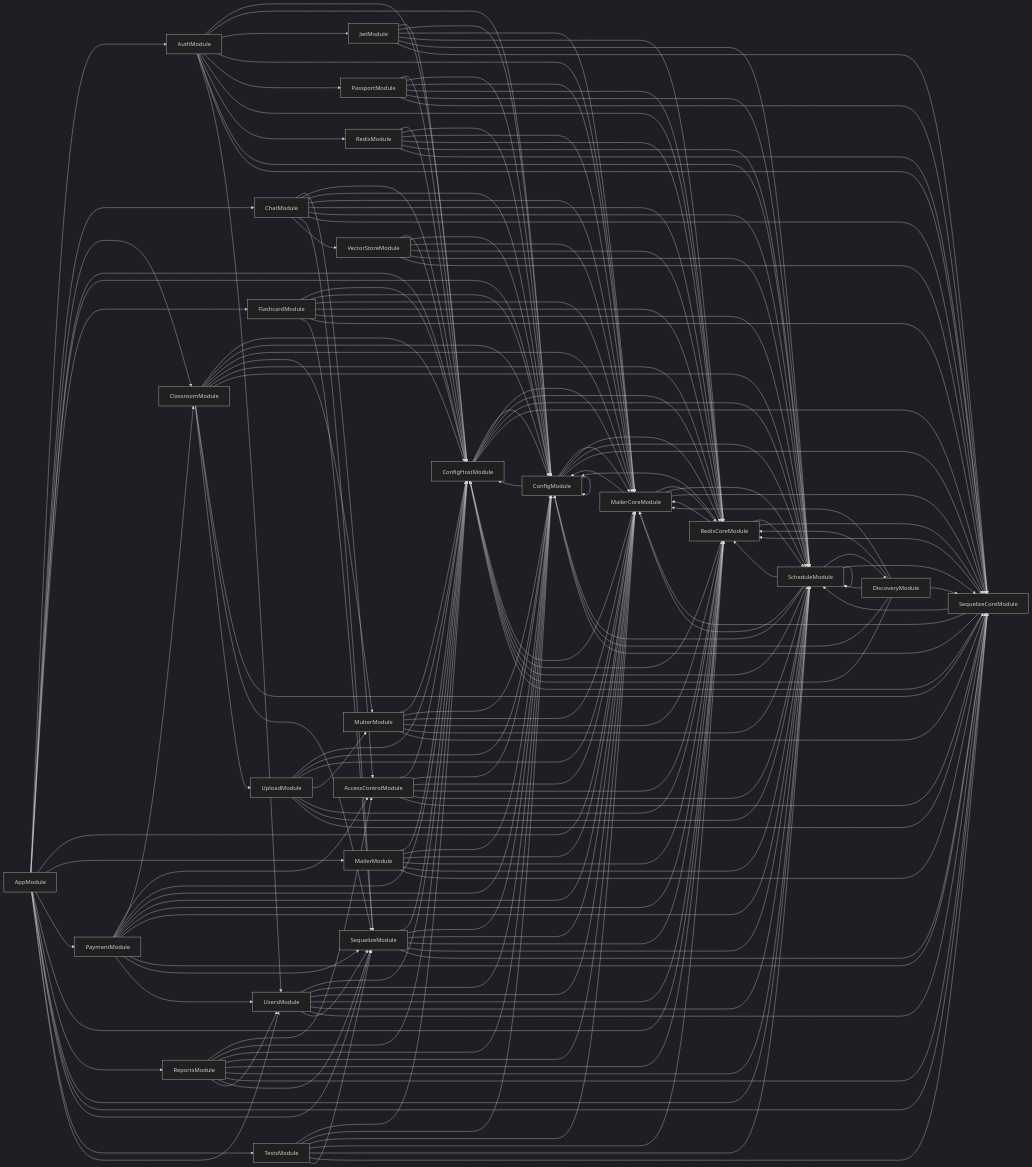
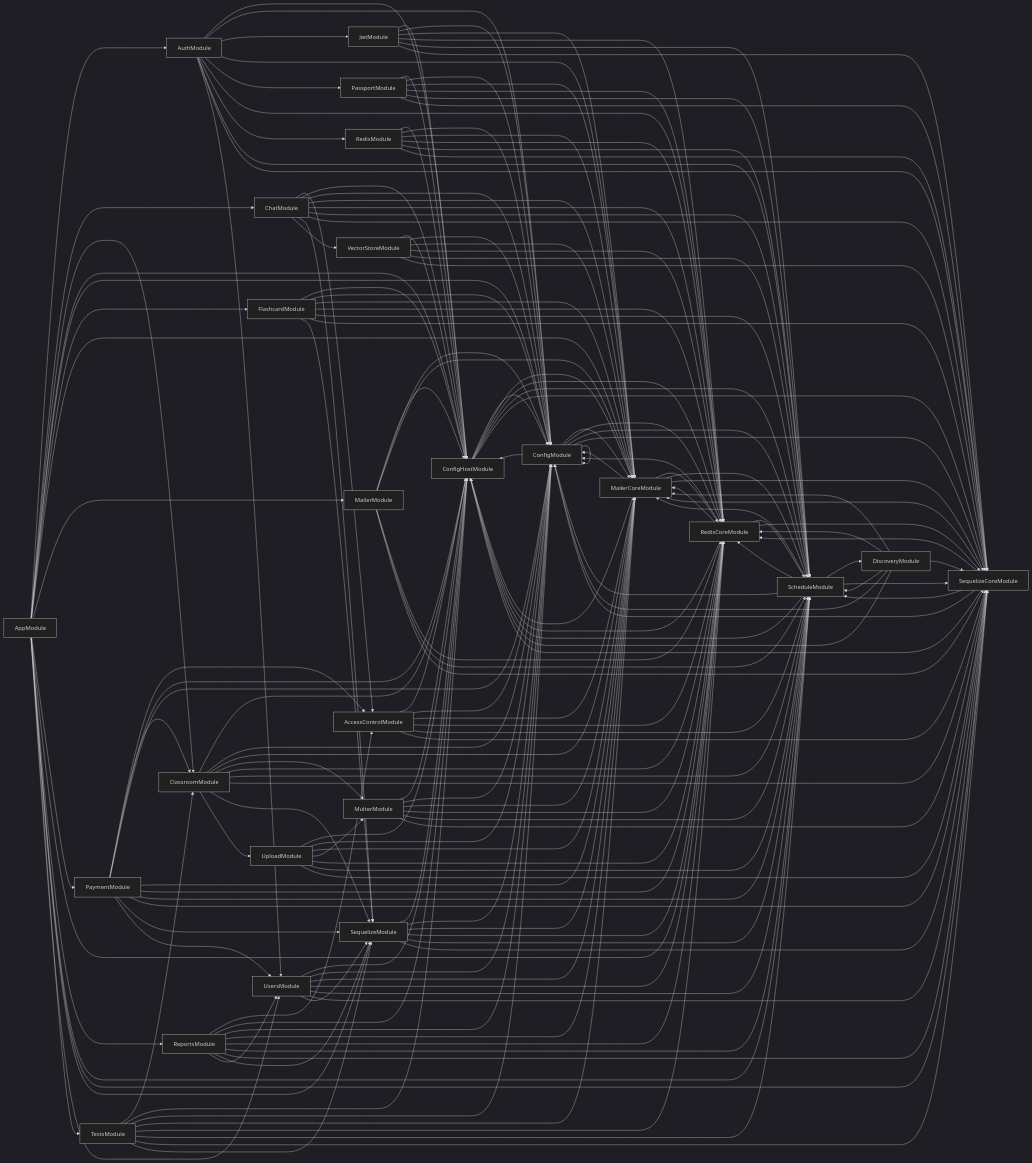
Before and after one commit to tiawai/csc13010-tiawai-server: the diagram in deps.mermaid, drawn with Mermaid (dark theme). The commit also changed 9 other files, not shown here.

```diff
--- a/deps.mermaid
+++ b/deps.mermaid
@@ -1,179 +1,179 @@
 graph LR
     AccessControlModule-->ConfigHostModule
   AccessControlModule-->ConfigModule
   AccessControlModule-->MailerCoreModule
   AccessControlModule-->RedisCoreModule
   AccessControlModule-->ScheduleModule
   AccessControlModule-->SequelizeCoreModule
   AppModule-->AuthModule
   AppModule-->ChatModule
   AppModule-->ClassroomModule
   AppModule-->ConfigHostModule
   AppModule-->ConfigModule
   AppModule-->FlashcardModule
   AppModule-->MailerCoreModule
   AppModule-->MailerModule
   AppModule-->PaymentModule
   AppModule-->RedisCoreModule
   AppModule-->ReportsModule
   AppModule-->ScheduleModule
   AppModule-->SequelizeCoreModule
   AppModule-->SequelizeModule
   AppModule-->TestsModule
   AppModule-->UsersModule
   AuthModule-->ConfigHostModule
   AuthModule-->ConfigModule
   AuthModule-->JwtModule
   AuthModule-->MailerCoreModule
   AuthModule-->PassportModule
   AuthModule-->RedisCoreModule
   AuthModule-->RedisModule
   AuthModule-->ScheduleModule
   AuthModule-->SequelizeCoreModule
   AuthModule-->UsersModule
   ChatModule-->AccessControlModule
   ChatModule-->ConfigHostModule
   ChatModule-->ConfigModule
   ChatModule-->MailerCoreModule
   ChatModule-->RedisCoreModule
   ChatModule-->ScheduleModule
   ChatModule-->SequelizeCoreModule
   ChatModule-->SequelizeModule
   ChatModule-->VectorStoreModule
   ClassroomModule-->ConfigHostModule
   ClassroomModule-->ConfigModule
   ClassroomModule-->MailerCoreModule
   ClassroomModule-->MulterModule
   ClassroomModule-->RedisCoreModule
   ClassroomModule-->ScheduleModule
   ClassroomModule-->SequelizeCoreModule
   ClassroomModule-->SequelizeModule
   ClassroomModule-->UploadModule
   ConfigHostModule-->ConfigModule
   ConfigHostModule-->MailerCoreModule
   ConfigHostModule-->RedisCoreModule
   ConfigHostModule-->ScheduleModule
   ConfigHostModule-->SequelizeCoreModule
   ConfigModule-->ConfigHostModule
   ConfigModule-->ConfigModule
   ConfigModule-->MailerCoreModule
   ConfigModule-->RedisCoreModule
   ConfigModule-->ScheduleModule
   ConfigModule-->SequelizeCoreModule
   DiscoveryModule-->ConfigHostModule
   DiscoveryModule-->ConfigModule
   DiscoveryModule-->MailerCoreModule
   DiscoveryModule-->RedisCoreModule
   DiscoveryModule-->ScheduleModule
   DiscoveryModule-->SequelizeCoreModule
   FlashcardModule-->ConfigHostModule
   FlashcardModule-->ConfigModule
   FlashcardModule-->MailerCoreModule
   FlashcardModule-->RedisCoreModule
   FlashcardModule-->ScheduleModule
   FlashcardModule-->SequelizeCoreModule
   FlashcardModule-->SequelizeModule
   JwtModule-->ConfigHostModule
   JwtModule-->ConfigModule
   JwtModule-->MailerCoreModule
   JwtModule-->RedisCoreModule
   JwtModule-->ScheduleModule
   JwtModule-->SequelizeCoreModule
   MailerCoreModule-->ConfigHostModule
   MailerCoreModule-->ConfigModule
   MailerCoreModule-->RedisCoreModule
   MailerCoreModule-->ScheduleModule
   MailerCoreModule-->SequelizeCoreModule
   MailerModule-->ConfigHostModule
   MailerModule-->ConfigModule
   MailerModule-->MailerCoreModule
   MailerModule-->RedisCoreModule
   MailerModule-->ScheduleModule
   MailerModule-->SequelizeCoreModule
   MulterModule-->ConfigHostModule
   MulterModule-->ConfigModule
   MulterModule-->MailerCoreModule
   MulterModule-->RedisCoreModule
   MulterModule-->ScheduleModule
   MulterModule-->SequelizeCoreModule
   PassportModule-->ConfigHostModule
   PassportModule-->ConfigModule
   PassportModule-->MailerCoreModule
   PassportModule-->RedisCoreModule
   PassportModule-->ScheduleModule
   PassportModule-->SequelizeCoreModule
   PaymentModule-->AccessControlModule
   PaymentModule-->ClassroomModule
   PaymentModule-->ConfigHostModule
   PaymentModule-->ConfigModule
   PaymentModule-->MailerCoreModule
   PaymentModule-->RedisCoreModule
   PaymentModule-->ScheduleModule
   PaymentModule-->SequelizeCoreModule
   PaymentModule-->SequelizeModule
   PaymentModule-->UsersModule
   RedisCoreModule-->ConfigHostModule
   RedisCoreModule-->ConfigModule
   RedisCoreModule-->MailerCoreModule
   RedisCoreModule-->ScheduleModule
   RedisCoreModule-->SequelizeCoreModule
   RedisModule-->ConfigHostModule
   RedisModule-->ConfigModule
   RedisModule-->MailerCoreModule
   RedisModule-->RedisCoreModule
   RedisModule-->ScheduleModule
   RedisModule-->SequelizeCoreModule
   ReportsModule-->AccessControlModule
   ReportsModule-->ConfigHostModule
   ReportsModule-->ConfigModule
   ReportsModule-->MailerCoreModule
   ReportsModule-->RedisCoreModule
   ReportsModule-->ScheduleModule
   ReportsModule-->SequelizeCoreModule
   ReportsModule-->SequelizeModule
   ReportsModule-->UsersModule
   ScheduleModule-->ConfigHostModule
   ScheduleModule-->ConfigModule
   ScheduleModule-->DiscoveryModule
   ScheduleModule-->MailerCoreModule
   ScheduleModule-->RedisCoreModule
-  ScheduleModule-->ScheduleModule
   ScheduleModule-->SequelizeCoreModule
   SequelizeCoreModule-->ConfigHostModule
   SequelizeCoreModule-->ConfigModule
   SequelizeCoreModule-->MailerCoreModule
   SequelizeCoreModule-->RedisCoreModule
   SequelizeCoreModule-->ScheduleModule
   SequelizeModule-->ConfigHostModule
   SequelizeModule-->ConfigModule
   SequelizeModule-->MailerCoreModule
   SequelizeModule-->RedisCoreModule
   SequelizeModule-->ScheduleModule
   SequelizeModule-->SequelizeCoreModule
+  TestsModule-->ClassroomModule
   TestsModule-->ConfigHostModule
   TestsModule-->ConfigModule
   TestsModule-->MailerCoreModule
   TestsModule-->RedisCoreModule
   TestsModule-->ScheduleModule
   TestsModule-->SequelizeCoreModule
   TestsModule-->SequelizeModule
   UploadModule-->ConfigHostModule
   UploadModule-->ConfigModule
   UploadModule-->MailerCoreModule
   UploadModule-->MulterModule
   UploadModule-->RedisCoreModule
   UploadModule-->ScheduleModule
   UploadModule-->SequelizeCoreModule
   UsersModule-->ConfigHostModule
   UsersModule-->ConfigModule
   UsersModule-->MailerCoreModule
   UsersModule-->RedisCoreModule
   UsersModule-->ScheduleModule
   UsersModule-->SequelizeCoreModule
   UsersModule-->SequelizeModule
   VectorStoreModule-->ConfigHostModule
   VectorStoreModule-->ConfigModule
   VectorStoreModule-->MailerCoreModule
   VectorStoreModule-->RedisCoreModule
   VectorStoreModule-->ScheduleModule
   VectorStoreModule-->SequelizeCoreModule
```
